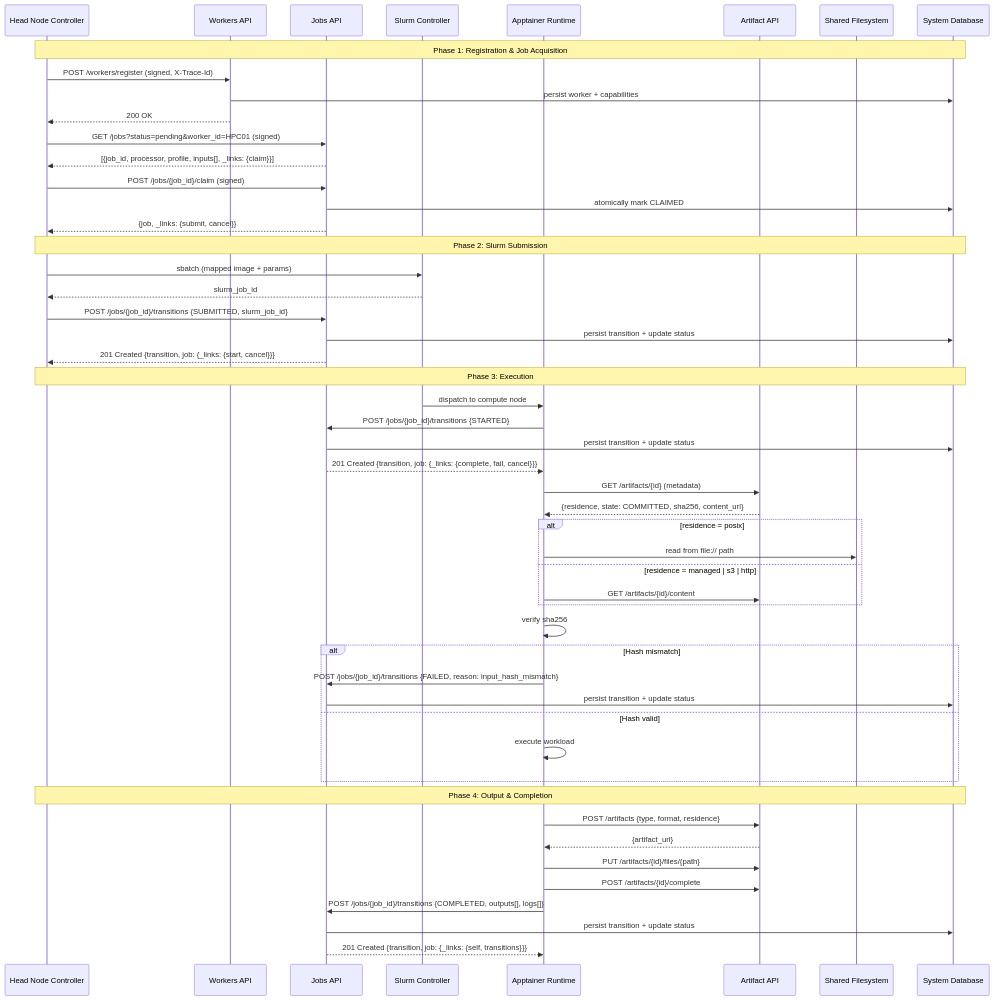
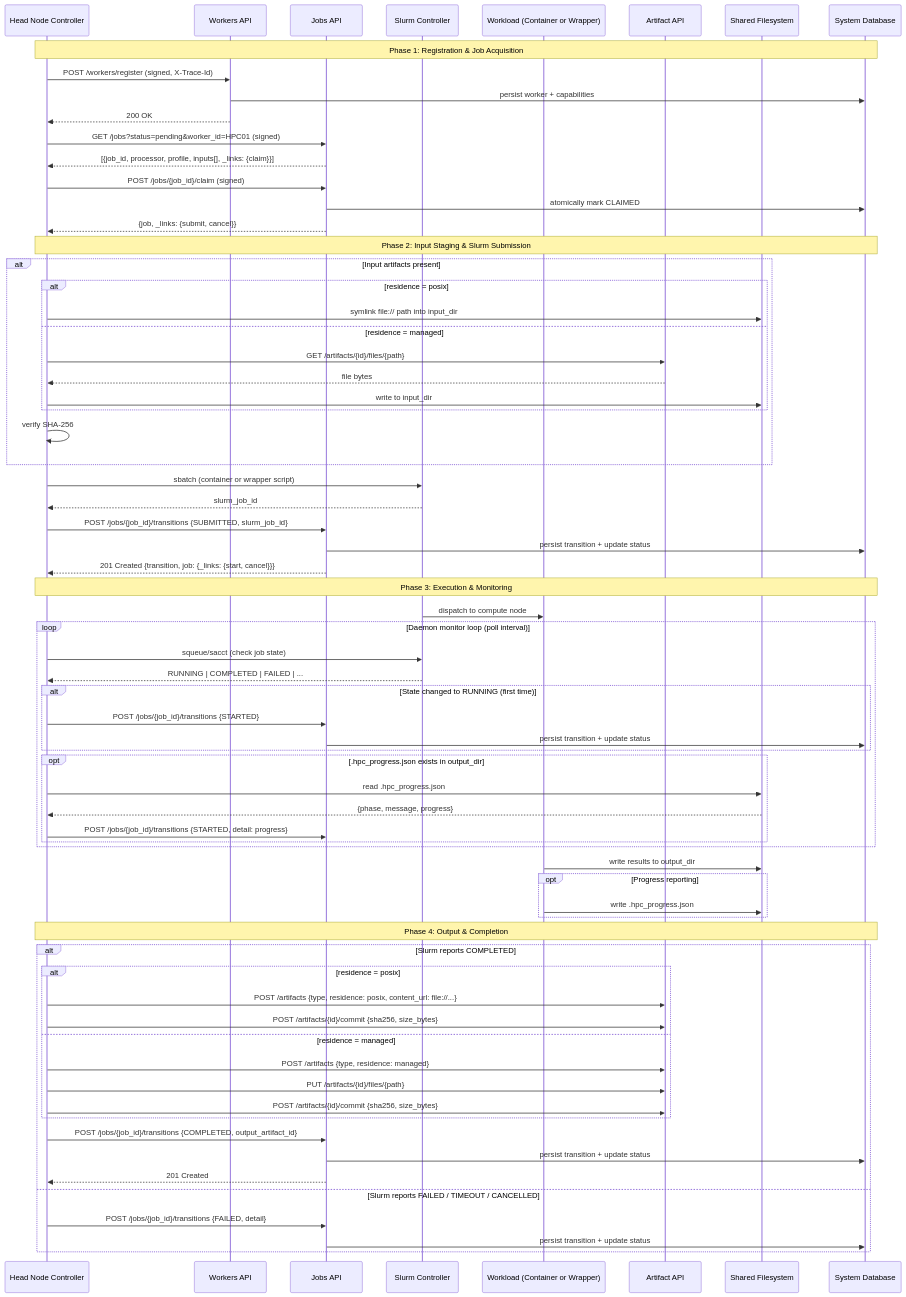
Before and after one commit to molgenis/molgenis-emx2: the diagram in apps/hpc/doc/seq.mmd, drawn with Mermaid. The commit also changed 12 other files, not shown here.

First line of the commit message:
spike: emx2-hpc bridge, update wrapper script

```diff
--- a/apps/hpc/doc/seq.mmd
+++ b/apps/hpc/doc/seq.mmd
@@ -1,69 +1,88 @@
 sequenceDiagram
 
     participant Controller as Head Node Controller
     participant Workers as Workers API
     participant Jobs as Jobs API
     participant Slurm as Slurm Controller
-    participant Runtime as Apptainer Runtime
+    participant Workload as Workload (Container or Wrapper)
     participant Artifact as Artifact API
     participant SharedFS as Shared Filesystem
     participant DB as System Database
 
     Note over Controller,DB: Phase 1: Registration & Job Acquisition
 
     Controller->>Workers: POST /workers/register (signed, X-Trace-Id)
     Workers->>DB: persist worker + capabilities
     Workers-->>Controller: 200 OK
 
     Controller->>Jobs: GET /jobs?status=pending&worker_id=HPC01 (signed)
     Jobs-->>Controller: [{job_id, processor, profile, inputs[], _links: {claim}}]
 
     Controller->>Jobs: POST /jobs/{job_id}/claim (signed)
     Jobs->>DB: atomically mark CLAIMED
     Jobs-->>Controller: {job, _links: {submit, cancel}}
 
-    Note over Controller,DB: Phase 2: Slurm Submission
+    Note over Controller,DB: Phase 2: Input Staging & Slurm Submission
 
-    Controller->>Slurm: sbatch (mapped image + params)
+    alt Input artifacts present
+        alt residence = posix
+            Controller->>SharedFS: symlink file:// path into input_dir
+        else residence = managed
+            Controller->>Artifact: GET /artifacts/{id}/files/{path}
+            Artifact-->>Controller: file bytes
+            Controller->>SharedFS: write to input_dir
+        end
+        Controller->>Controller: verify SHA-256
+    end
+
+    Controller->>Slurm: sbatch (container or wrapper script)
     Slurm-->>Controller: slurm_job_id
 
     Controller->>Jobs: POST /jobs/{job_id}/transitions {SUBMITTED, slurm_job_id}
     Jobs->>DB: persist transition + update status
     Jobs-->>Controller: 201 Created {transition, job: {_links: {start, cancel}}}
 
-    Note over Controller,DB: Phase 3: Execution
+    Note over Controller,DB: Phase 3: Execution & Monitoring
 
-    Slurm->>Runtime: dispatch to compute node
-    Runtime->>Jobs: POST /jobs/{job_id}/transitions {STARTED}
-    Jobs->>DB: persist transition + update status
-    Jobs-->>Runtime: 201 Created {transition, job: {_links: {complete, fail, cancel}}}
+    Slurm->>Workload: dispatch to compute node
 
-    Runtime->>Artifact: GET /artifacts/{id} (metadata)
-    Artifact-->>Runtime: {residence, state: COMMITTED, sha256, content_url}
+    loop Daemon monitor loop (poll interval)
+        Controller->>Slurm: squeue/sacct (check job state)
+        Slurm-->>Controller: RUNNING | COMPLETED | FAILED | ...
 
-    alt residence = posix
-        Runtime->>SharedFS: read from file:// path
-    else residence = managed | s3 | http
-        Runtime->>Artifact: GET /artifacts/{id}/content
+        alt State changed to RUNNING (first time)
+            Controller->>Jobs: POST /jobs/{job_id}/transitions {STARTED}
+            Jobs->>DB: persist transition + update status
+        end
+
+        opt .hpc_progress.json exists in output_dir
+            Controller->>SharedFS: read .hpc_progress.json
+            SharedFS-->>Controller: {phase, message, progress}
+            Controller->>Jobs: POST /jobs/{job_id}/transitions {STARTED, detail: progress}
+        end
     end
 
-    Runtime->>Runtime: verify sha256
-
-    alt Hash mismatch
-        Runtime->>Jobs: POST /jobs/{job_id}/transitions {FAILED, reason: input_hash_mismatch}
-        Jobs->>DB: persist transition + update status
-    else Hash valid
-        Runtime->>Runtime: execute workload
+    Workload->>SharedFS: write results to output_dir
+    opt Progress reporting
+        Workload->>SharedFS: write .hpc_progress.json
     end
 
     Note over Controller,DB: Phase 4: Output & Completion
 
-    Runtime->>Artifact: POST /artifacts {type, format, residence}
-    Artifact-->>Runtime: {artifact_url}
+    alt Slurm reports COMPLETED
+        alt residence = posix
+            Controller->>Artifact: POST /artifacts {type, residence: posix, content_url: file://...}
+            Controller->>Artifact: POST /artifacts/{id}/commit {sha256, size_bytes}
+        else residence = managed
+            Controller->>Artifact: POST /artifacts {type, residence: managed}
+            Controller->>Artifact: PUT /artifacts/{id}/files/{path}
+            Controller->>Artifact: POST /artifacts/{id}/commit {sha256, size_bytes}
+        end
 
-    Runtime->>Artifact: PUT /artifacts/{id}/files/{path}
-    Runtime->>Artifact: POST /artifacts/{id}/complete
-
-    Runtime->>Jobs: POST /jobs/{job_id}/transitions {COMPLETED, outputs[], logs[]}
-    Jobs->>DB: persist transition + update status
-    Jobs-->>Runtime: 201 Created {transition, job: {_links: {self, transitions}}}
+        Controller->>Jobs: POST /jobs/{job_id}/transitions {COMPLETED, output_artifact_id}
+        Jobs->>DB: persist transition + update status
+        Jobs-->>Controller: 201 Created
+    else Slurm reports FAILED / TIMEOUT / CANCELLED
+        Controller->>Jobs: POST /jobs/{job_id}/transitions {FAILED, detail}
+        Jobs->>DB: persist transition + update status
+    end
```
